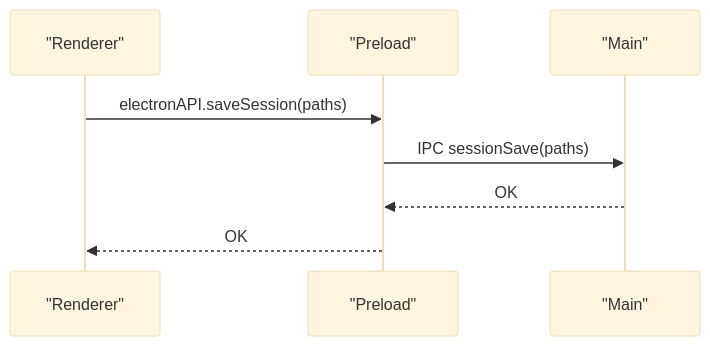
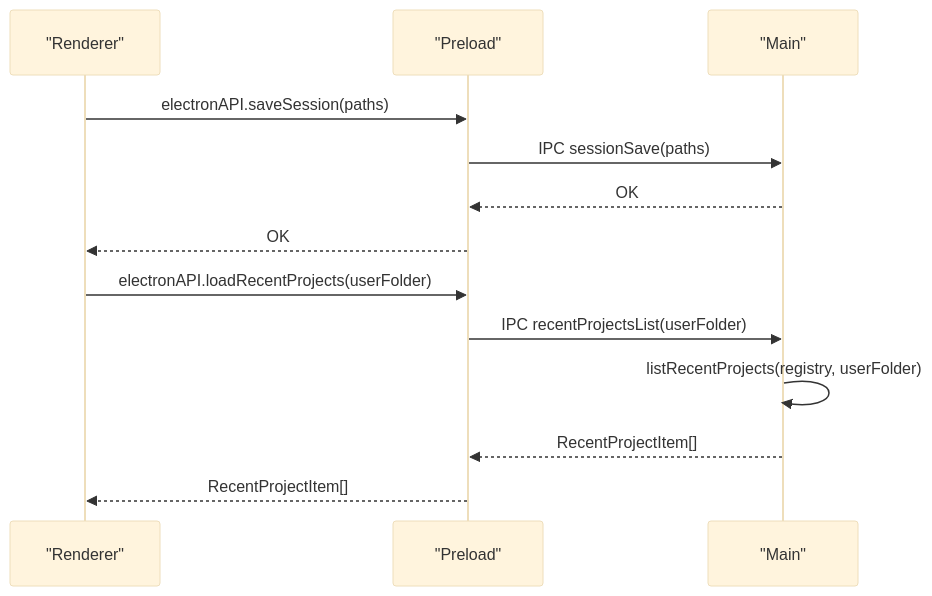
Before and after one commit to satyrlord/mixjam-electron: the sixth of 11 diagrams in .qoder/repowiki/en/content/Session Management.md, drawn with Mermaid (base theme). The commit also changed other lines of this file and 104 other files, not shown here.

First line of the commit message:
fix(config): update markdownlint schema and cleanup ignored paths

````diff
--- a/.qoder/repowiki/en/content/Session Management.md
+++ b/.qoder/repowiki/en/content/Session Management.md
@@ -305,10 +280,15 @@
 ```mermaid
 sequenceDiagram
 participant R as "Renderer"
 participant P as "Preload"
 participant M as "Main"
 R->>P : electronAPI.saveSession(paths)
 P->>M : IPC sessionSave(paths)
 M-->>P : OK
 P-->>R : OK
+R->>P : electronAPI.loadRecentProjects(userFolder)
+P->>M : IPC recentProjectsList(userFolder)
+M->>M : listRecentProjects(registry, userFolder)
+M-->>P : RecentProjectItem[]
+P-->>R : RecentProjectItem[]
 ```
````
